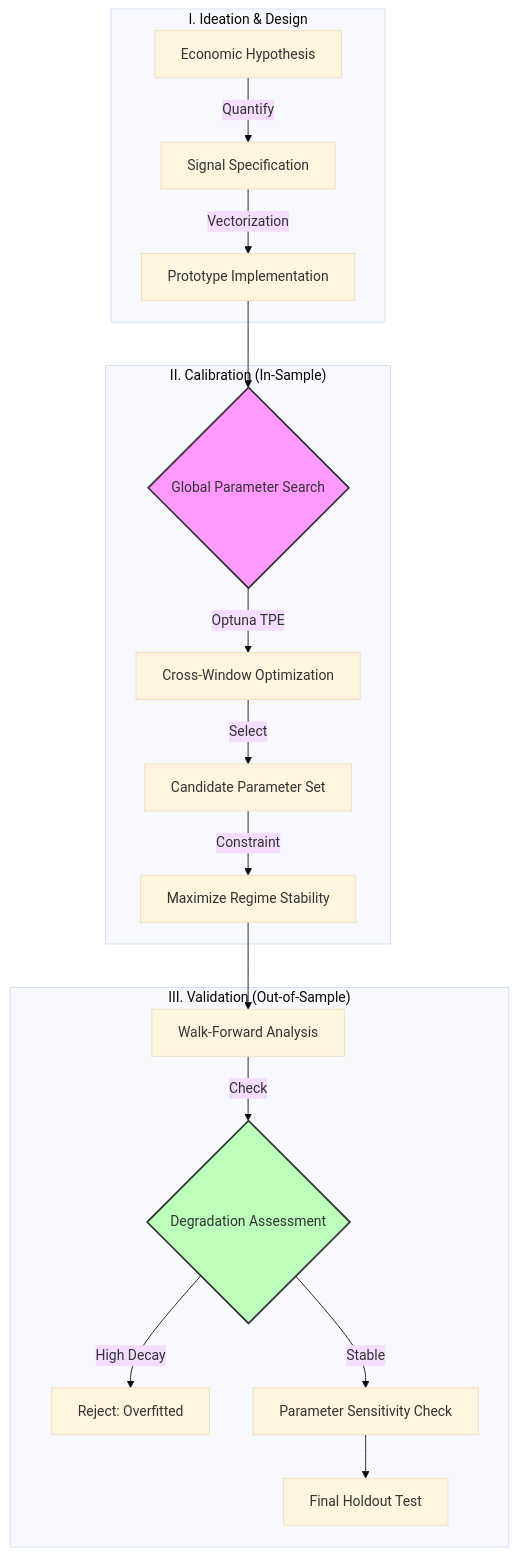
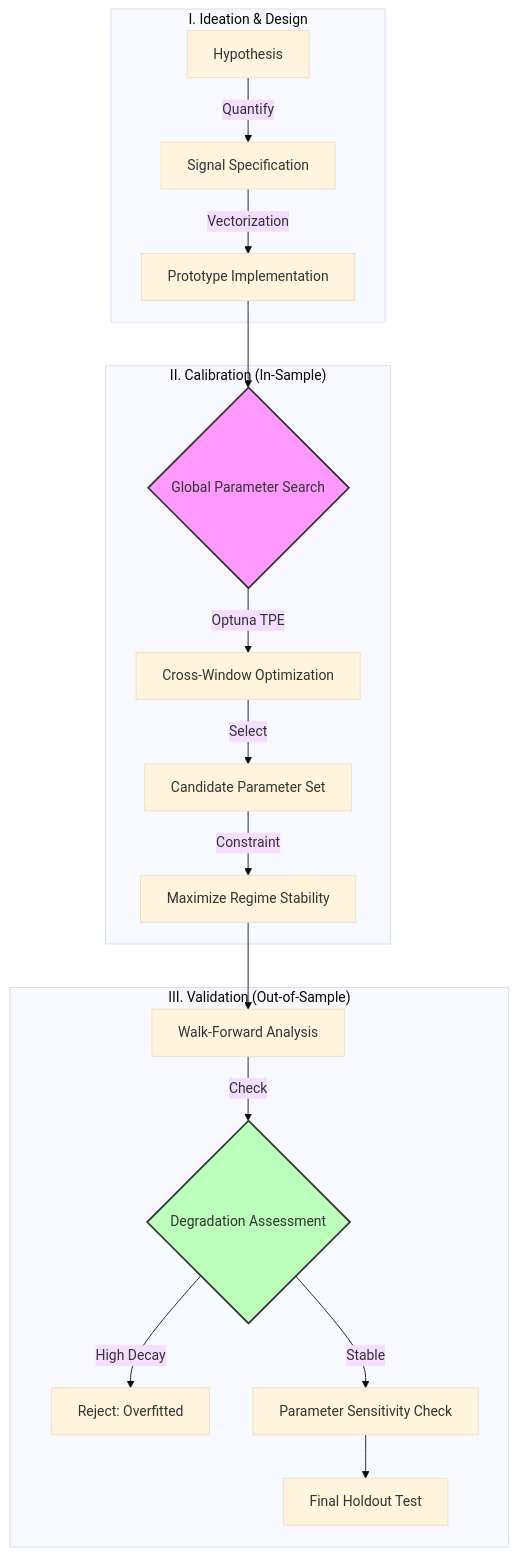
One commit to xxxxyyyy80008/xxxxyyyy80008.github.io changed the diagram in docs/alpha-research/index.md. Above: the diagram before and after it, drawn with Mermaid (base theme).

````diff
--- a/docs/alpha-research/index.md
+++ b/docs/alpha-research/index.md
@@ -56,25 +56,25 @@
 ```mermaid
 graph TD
     subgraph "I. Ideation & Design"
-        A[Economic Hypothesis] -->|Quantify| B[Signal Specification]
+        A[Hypothesis] -->|Quantify| B[Signal Specification]
         B -->|Vectorization| C[Prototype Implementation]
     end
 
     subgraph "II. Calibration (In-Sample)"
         C --> D{Global Parameter Search}
         D -->|Optuna TPE| E[Cross-Window Optimization]
         E -->|Select| F[Candidate Parameter Set]
         F -->|Constraint| G[Maximize Regime Stability]
     end
 
     subgraph "III. Validation (Out-of-Sample)"
         G --> H[Walk-Forward Analysis]
         H -->|Check| I{Degradation Assessment}
         I -->|High Decay| J[Reject: Overfitted]
         I -->|Stable| K[Parameter Sensitivity Check]
         K --> L[Final Holdout Test]
     end
 
     style D fill:#f9f,stroke:#333,stroke-width:2px
     style I fill:#bfb,stroke:#333,stroke-width:2px
 ```
````
